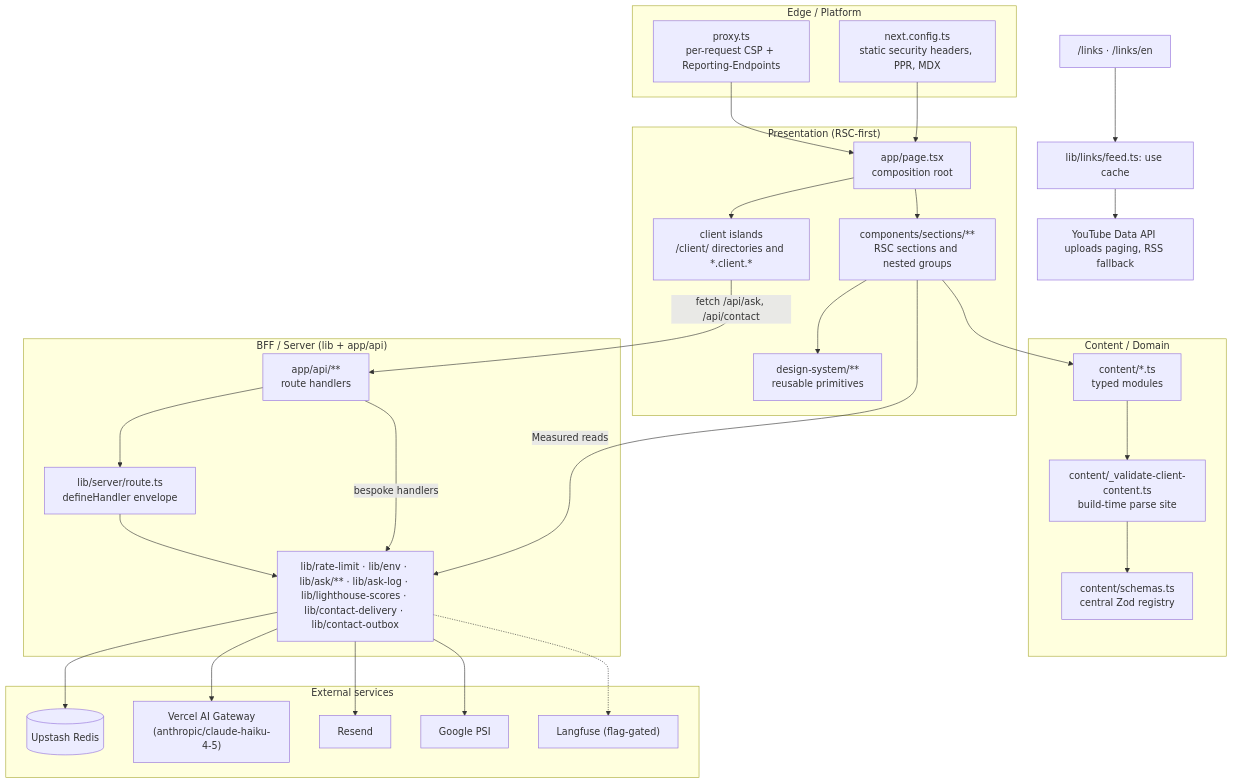
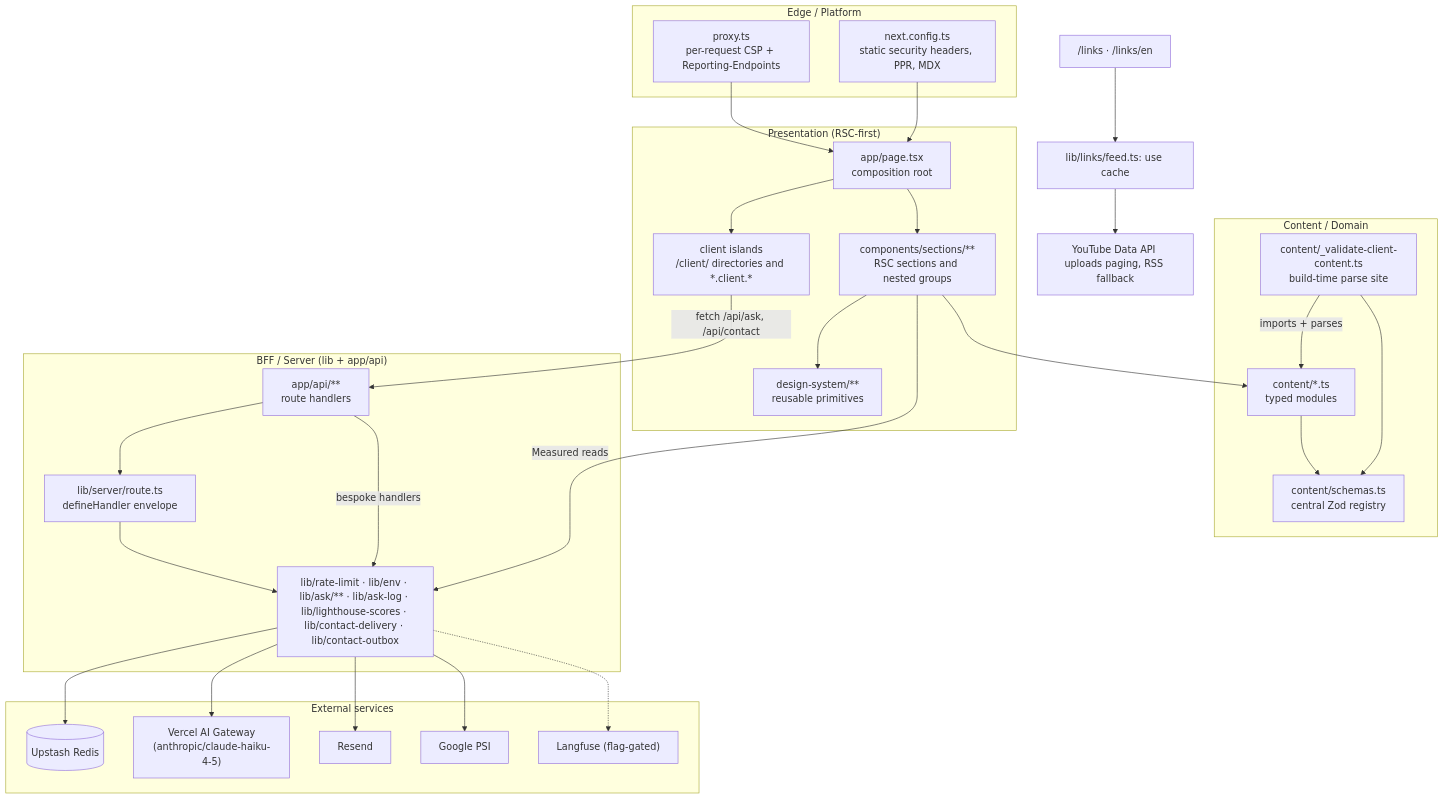
The first of 3 diagrams in docs/01-architecture.md (erikunha/portfolio), drawn with Mermaid before and after one commit. The commit also changed other lines of this file and 26 other files, not shown here.

First line of the commit message:
docs(sync): re-sync docs and mermaid diagrams to the redesigned chrome

````diff
--- a/docs/01-architecture.md
+++ b/docs/01-architecture.md
@@ -15,47 +15,50 @@
 ```mermaid
 flowchart TB
     subgraph edge["Edge / Platform"]
         proxy["proxy.ts<br/>per-request CSP + Reporting-Endpoints"]
         cfg["next.config.ts<br/>static security headers, PPR, MDX"]
     end
     subgraph present["Presentation (RSC-first)"]
         page["app/page.tsx<br/>composition root"]
         sections["components/sections/**<br/>RSC sections and nested groups"]
         islands["client islands<br/>/client/ directories and *.client.*"]
         ds["design-system/**<br/>reusable primitives"]
     end
     subgraph content["Content / Domain"]
         cmods["content/*.ts<br/>typed modules"]
         schemas["content/schemas.ts<br/>central Zod registry"]
         gate["content/_validate-client-content.ts<br/>build-time parse site"]
     end
     subgraph bff["BFF / Server (lib + app/api)"]
         api["app/api/**<br/>route handlers"]
         handler["lib/server/route.ts<br/>defineHandler envelope"]
         libcore["lib/rate-limit · lib/env · lib/ask/** · lib/ask-log · lib/lighthouse-scores · lib/contact-delivery · lib/contact-outbox"]
     end
     subgraph ext["External services"]
         redis[("Upstash Redis")]
         gw["Vercel AI Gateway<br/>(anthropic/claude-haiku-4-5)"]
         resend["Resend"]
         psi["Google PSI"]
         lf["Langfuse (flag-gated)"]
     end
 
     proxy --> page
     cfg --> page
     page --> sections --> ds
     page --> islands
-    sections --> cmods --> gate --> schemas
+    sections --> cmods
+    cmods --> schemas
+    gate -->|imports + parses| cmods
+    gate --> schemas
     islands -->|fetch /api/ask, /api/contact| api
     api --> handler --> libcore
     api -->|bespoke handlers| libcore
     sections -->|Measured reads| libcore
     links["/links · /links/en"] --> feed["lib/links/feed.ts: use cache"]
     feed --> yt["YouTube Data API uploads paging, RSS fallback"]
     libcore --> redis
     libcore --> gw
     libcore --> resend
     libcore --> psi
     libcore -.-> lf
 ```
````
